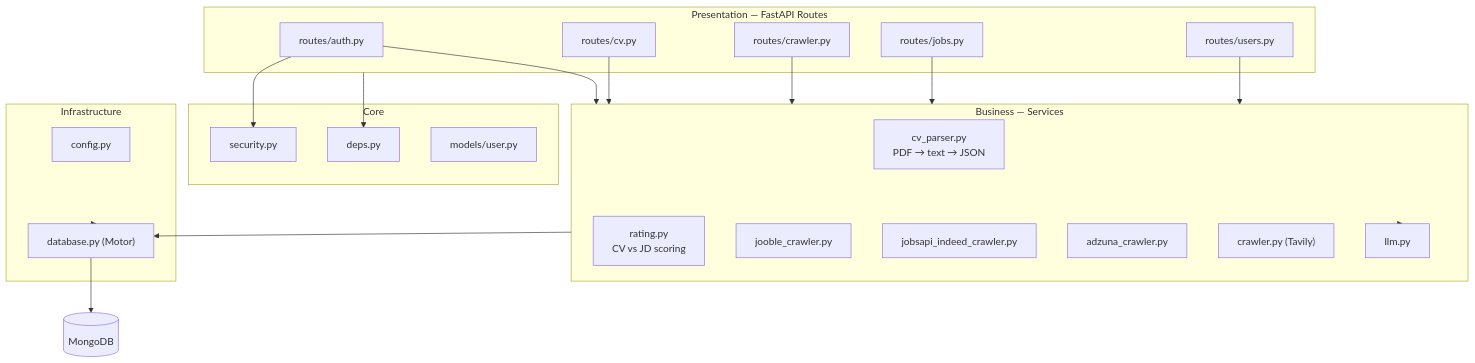
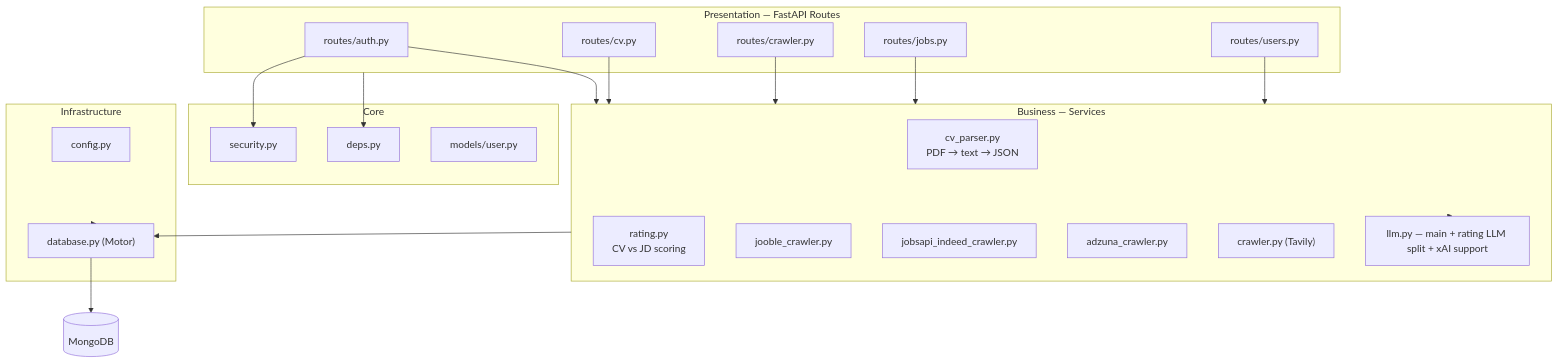
The second of 9 diagrams in README.md (itsmesaim/jobRadarAI), drawn with Mermaid before and after one commit. The commit also changed other lines of this file and 28 other files, not shown here.

````diff
--- a/README.md
+++ b/README.md
@@ -74,39 +78,39 @@
 ```mermaid
 flowchart TB
     subgraph Presentation["Presentation — FastAPI Routes"]
         auth_r["routes/auth.py"]
         cv_r["routes/cv.py"]
         crawler_r["routes/crawler.py"]
         jobs_r["routes/jobs.py"]
         users_r["routes/users.py"]
     end
 
     subgraph Business["Business — Services"]
         cv_s["cv_parser.py<br/>PDF → text → JSON"]
         rating_s["rating.py<br/>CV vs JD scoring"]
         jooble_s["jooble_crawler.py"]
         jobsapi_s["jobsapi_indeed_crawler.py"]
         adzuna_s["adzuna_crawler.py"]
         tavily_s["crawler.py (Tavily)"]
-        llm_s["llm.py"]
+        llm_s["llm.py — main + rating LLM split + xAI support"]
     end
 
     subgraph Core["Core"]
         security["security.py"]
         deps["deps.py"]
         models["models/user.py"]
     end
 
     subgraph Infra["Infrastructure"]
         config["config.py"]
         database["database.py (Motor)"]
     end
 
     auth_r & cv_r & crawler_r & jobs_r & users_r --> Business
     auth_r --> security
     Presentation --> deps
     Business --> llm_s
     Business --> database
     database --> MongoDB[("MongoDB")]
     Infra --> database
 ```
````
